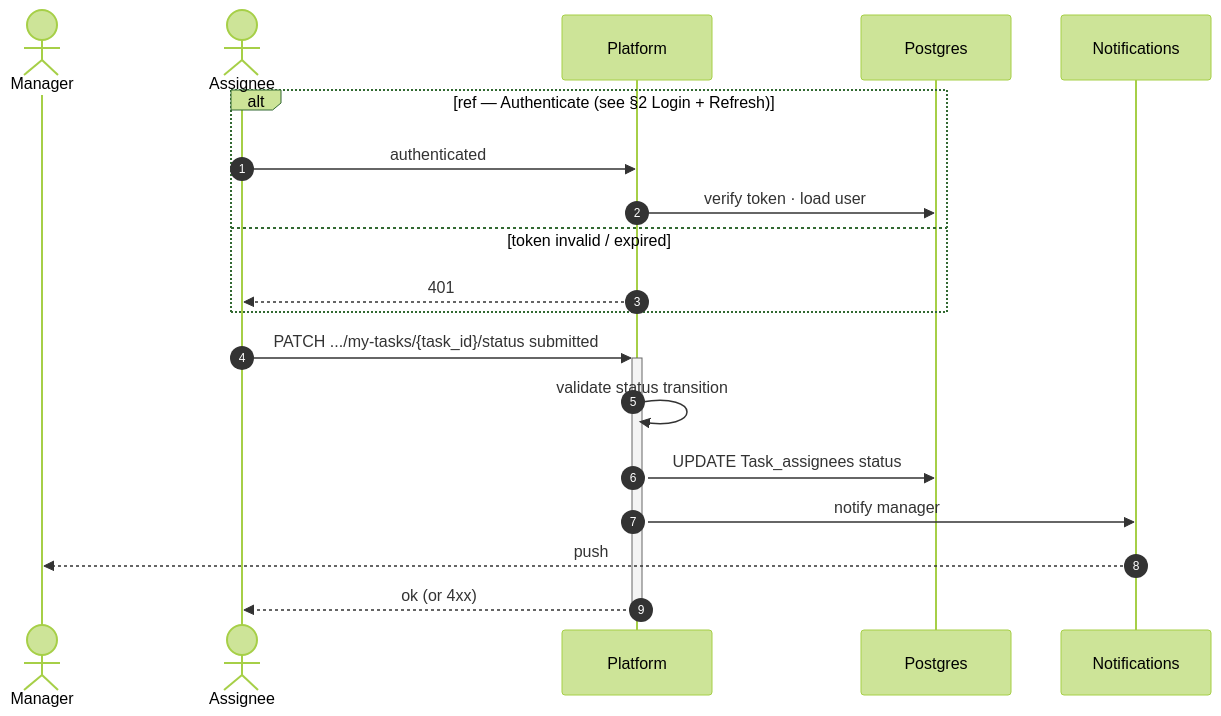
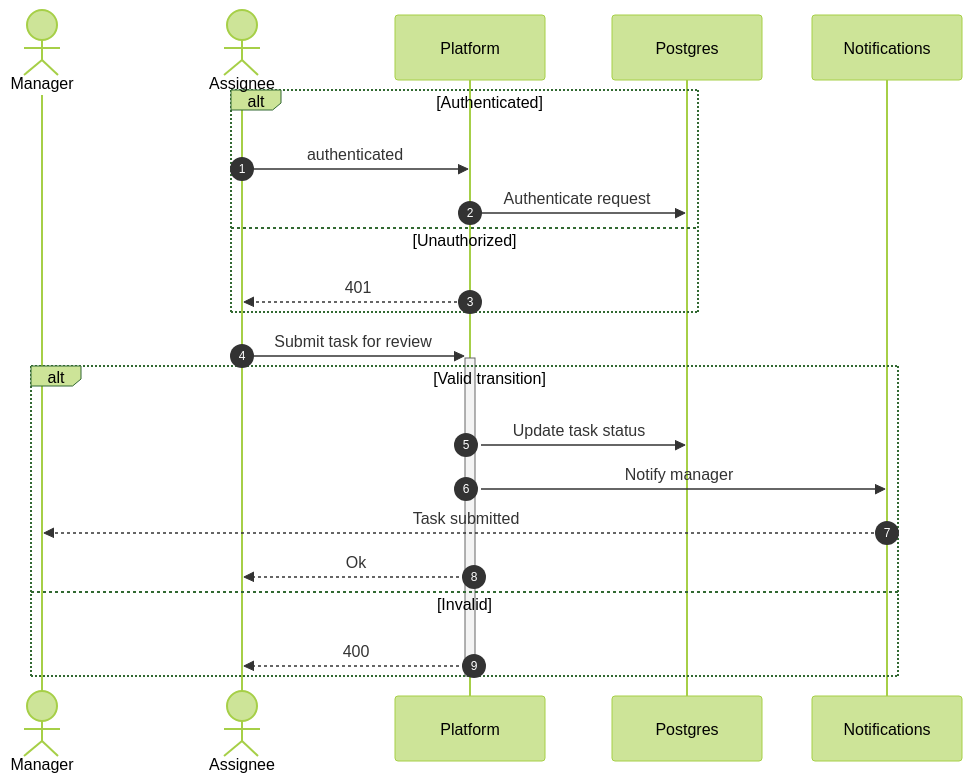
Diagram 12 of 16 in docs/SEQUENCE_DIAGRAMS.md (MohamedChebbi123/teamnest), drawn with Mermaid (forest theme) before and after one commit. The commit also changed other lines of this file, not shown here.

````diff
--- a/docs/SEQUENCE_DIAGRAMS.md
+++ b/docs/SEQUENCE_DIAGRAMS.md
@@ -365,23 +429,27 @@
 ```mermaid
 sequenceDiagram
     autonumber
     actor Manager
     actor Assignee
     participant API as Platform
     participant DB as Postgres
     participant Notif as Notifications
 
-    alt ref — Authenticate (see §2 Login + Refresh)
+    alt Authenticated
         Assignee->>API: authenticated
-        API->>DB: verify token · load user
-    else token invalid / expired
+        API->>DB: Authenticate request
+    else Unauthorized
         API-->>Assignee: 401
     end
 
-    Assignee->>+API: PATCH .../my-tasks/{task_id}/status submitted
-    API->>API: validate status transition
-    API->>DB: UPDATE Task_assignees status
-    API->>Notif: notify manager
-    Notif-->>Manager: push
-    API-->>-Assignee: ok (or 4xx)
+    Assignee->>+API: Submit task for review
+    alt Valid transition
+        API->>DB: Update task status
+        API->>Notif: Notify manager
+        Notif-->>Manager: Task submitted
+        API-->>Assignee: Ok
+    else Invalid
+        API-->>Assignee: 400
+    end
+    deactivate API
 ```
````
